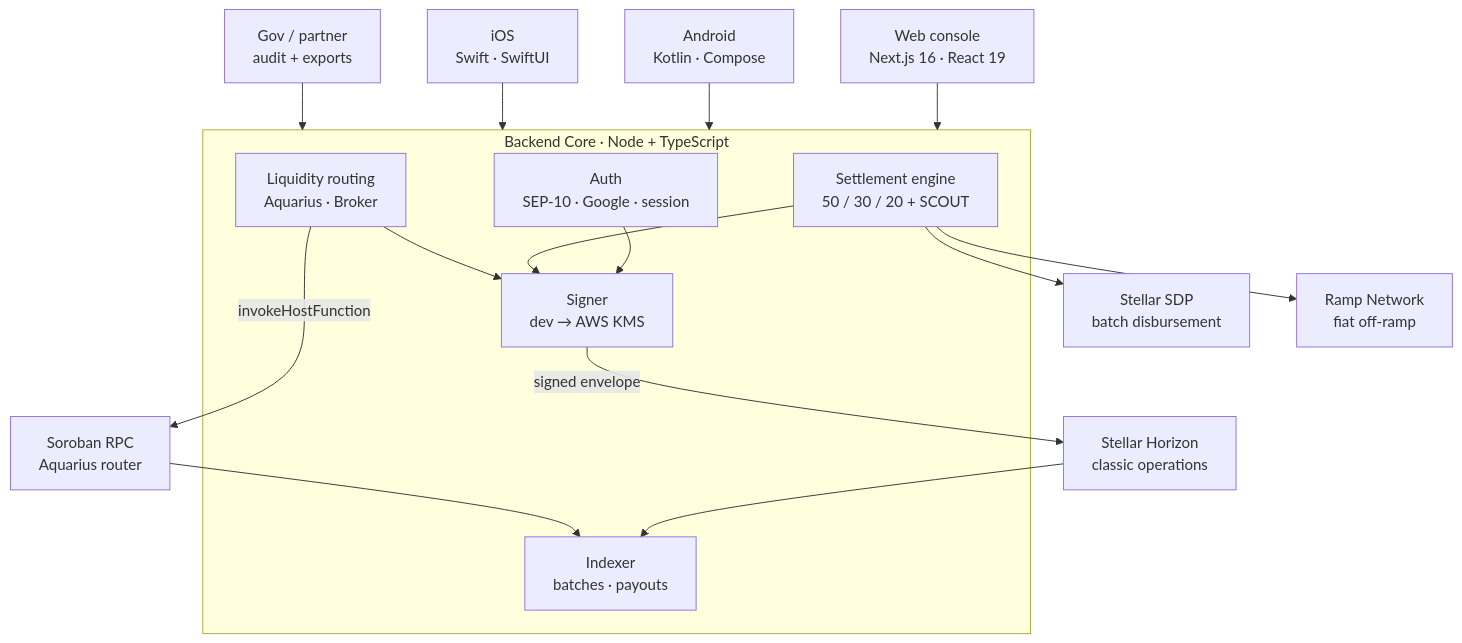
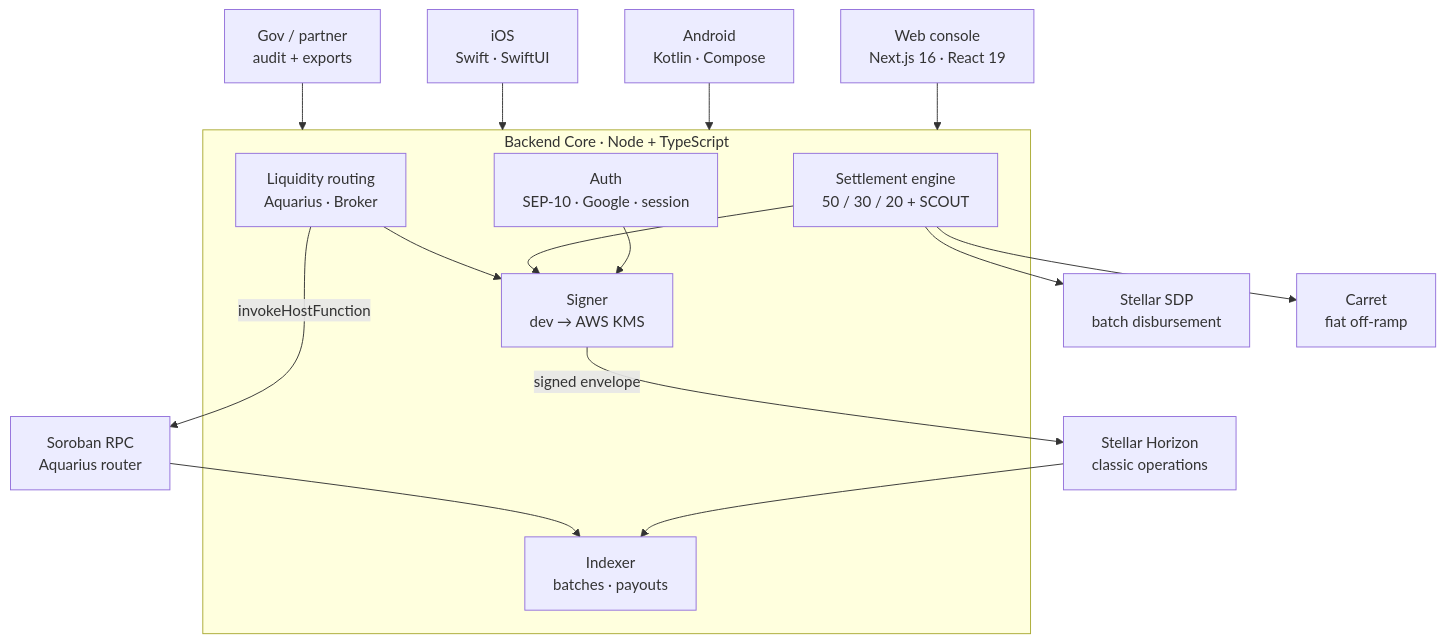
One commit to pathpulse9-ui/path-pulse changed the diagram in README.md. Above: the diagram before and after it, drawn with Mermaid. The commit also changed other lines of this file and 7 other files, not shown here.

````diff
--- a/README.md
+++ b/README.md
@@ -89,25 +89,25 @@
 ```mermaid
 graph TD
   subgraph BE["Backend Core · Node + TypeScript"]
     AUTH["Auth<br/>SEP-10 · Google · session"]
     ENG["Settlement engine<br/>50 / 30 / 20 + SCOUT"]
     SIGN["Signer<br/>dev → AWS KMS"]
     ROUTE["Liquidity routing<br/>Aquarius · Broker"]
     IDX["Indexer<br/>batches · payouts"]
   end
 
   WEB["Web console<br/>Next.js 16 · React 19"] --> BE
   AND["Android<br/>Kotlin · Compose"] --> BE
   IOS["iOS<br/>Swift · SwiftUI"] --> BE
   GOV["Gov / partner<br/>audit + exports"] --> BE
 
   AUTH --> SIGN
   ENG --> SIGN
   ROUTE --> SIGN
   SIGN -->|"signed envelope"| HZ["Stellar Horizon<br/>classic operations"]
   ROUTE -->|"invokeHostFunction"| SRB["Soroban RPC<br/>Aquarius router"]
   ENG --> SDP["Stellar SDP<br/>batch disbursement"]
-  ENG --> RAMP["Ramp Network<br/>fiat off-ramp"]
+  ENG --> CARRET["Carret<br/>fiat off-ramp"]
   HZ --> IDX
   SRB --> IDX
 ```
````
